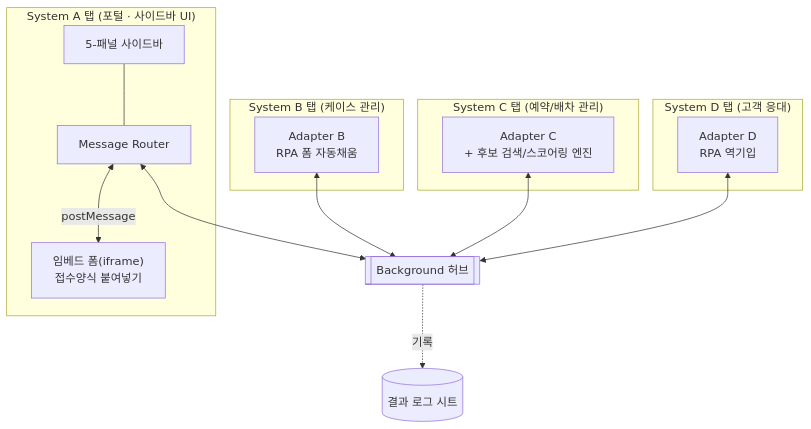
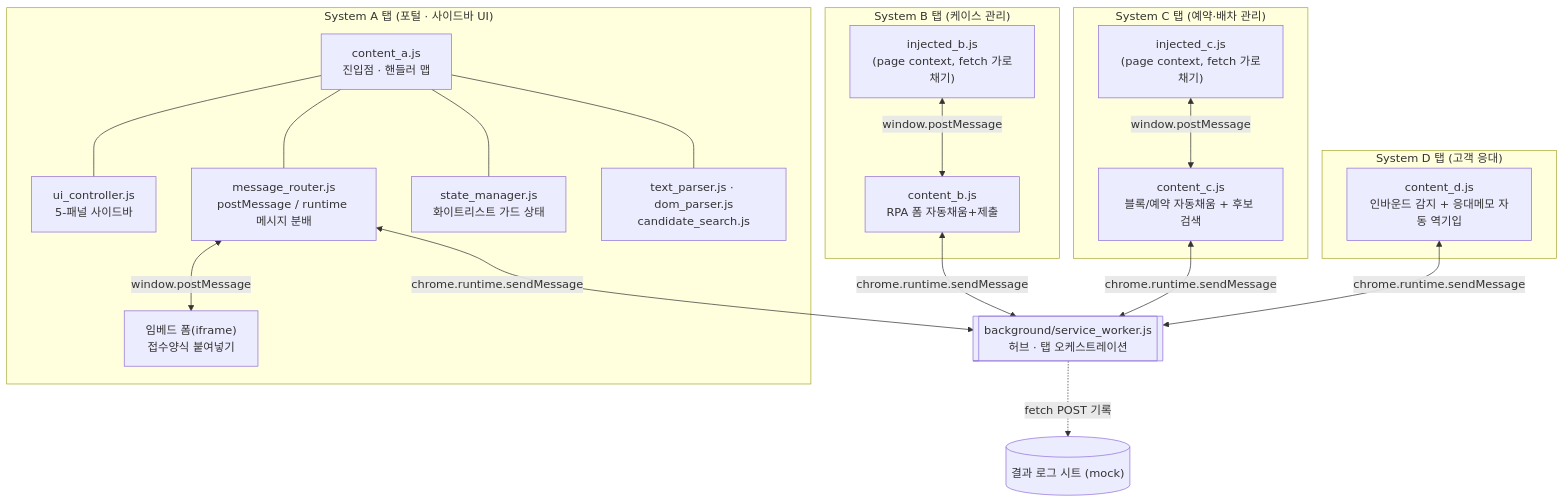
The first of 3 diagrams in README.md (JY-maru/integrated-systems-sidebar), drawn with Mermaid before and after one commit. The commit also changed other lines of this file and 15 other files, not shown here.

First line of the commit message:
Merge architecture doc into README, add feature highlights and UI preview

````diff
--- a/README.md
+++ b/README.md
@@ -59,30 +86,41 @@
 ```mermaid
 flowchart TB
     subgraph HostA["System A 탭 (포털 · 사이드바 UI)"]
-        UI[5-패널 사이드바]
-        Router[Message Router]
+        UI["ui_controller.js<br/>5-패널 사이드바"]
+        Router["message_router.js<br/>postMessage / runtime 메시지 분배"]
+        State["state_manager.js<br/>화이트리스트 가드 상태"]
+        Parser["text_parser.js · dom_parser.js<br/>candidate_search.js"]
+        Entry["content_a.js<br/>진입점 · 핸들러 맵"]
+        Entry --- UI
+        Entry --- Router
+        Entry --- State
+        Entry --- Parser
         Embed["임베드 폼(iframe)<br/>접수양식 붙여넣기"]
-        UI --- Router <-->|postMessage| Embed
+        Router <-->|window.postMessage| Embed
     end
 
     subgraph HostB["System B 탭 (케이스 관리)"]
-        AdpB["Adapter B<br/>RPA 폼 자동채움"]
+        InjB["injected_b.js<br/>(page context, fetch 가로채기)"]
+        AdpB["content_b.js<br/>RPA 폼 자동채움+제출"]
+        InjB <-->|window.postMessage| AdpB
     end
 
-    subgraph HostC["System C 탭 (예약/배차 관리)"]
-        AdpC["Adapter C<br/>+ 후보 검색/스코어링 엔진"]
+    subgraph HostC["System C 탭 (예약·배차 관리)"]
+        InjC["injected_c.js<br/>(page context, fetch 가로채기)"]
+        AdpC["content_c.js<br/>블록/예약 자동채움 + 후보 검색"]
+        InjC <-->|window.postMessage| AdpC
     end
 
     subgraph HostD["System D 탭 (고객 응대)"]
-        AdpD["Adapter D<br/>RPA 역기입"]
+        AdpD["content_d.js<br/>인바운드 감지 + 응대메모 자동 역기입"]
     end
 
-    BG[["Background 허브"]]
-    Sheet[("결과 로그 시트")]
+    BG[["background/service_worker.js<br/>허브 · 탭 오케스트레이션"]]
+    Sheet[("결과 로그 시트 (mock)")]
 
-    Router <--> BG
-    AdpB <--> BG
-    AdpC <--> BG
-    AdpD <--> BG
-    BG -.기록.-> Sheet
+    Router <-->|chrome.runtime.sendMessage| BG
+    AdpB <-->|chrome.runtime.sendMessage| BG
+    AdpC <-->|chrome.runtime.sendMessage| BG
+    AdpD <-->|chrome.runtime.sendMessage| BG
+    BG -.fetch POST 기록.-> Sheet
 ```
````
